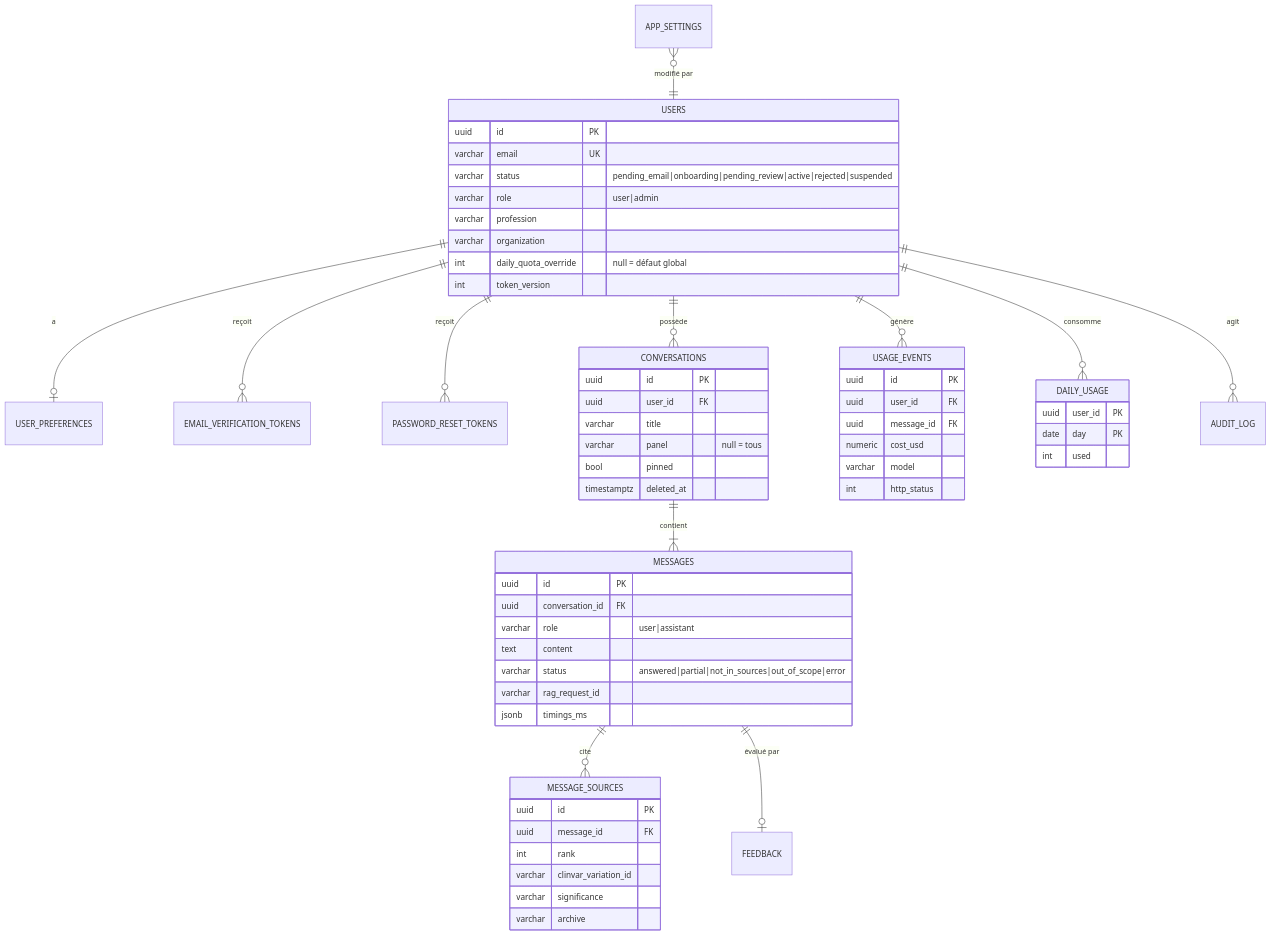
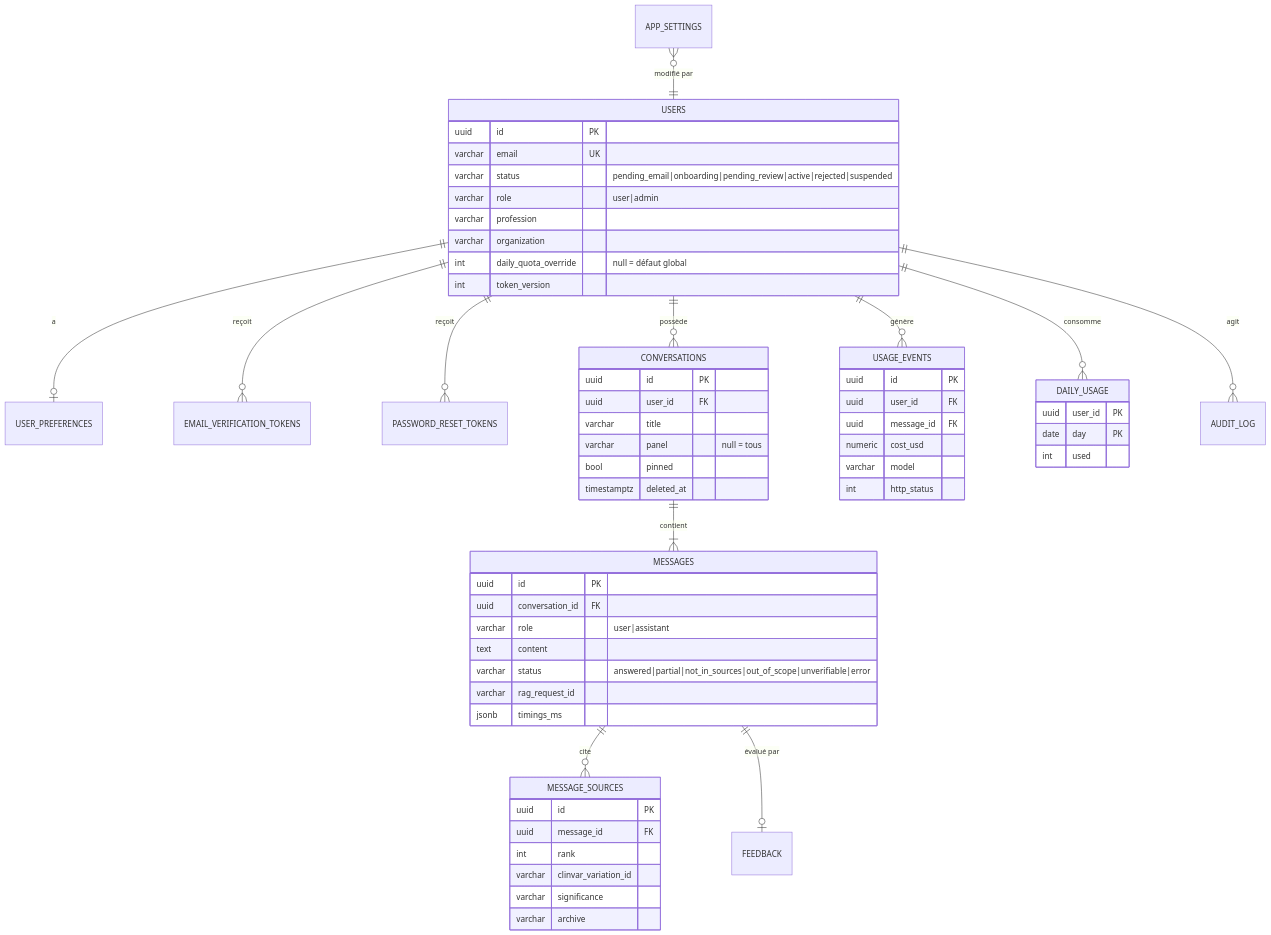
The first of 2 diagrams in apps/backend/MODELISATION_BACKEND.md (Dakar2024/Projet-_de_Memoire), drawn with Mermaid before and after one commit. The commit also changed other lines of this file and 29 other files, not shown here.

````diff
--- a/apps/backend/MODELISATION_BACKEND.md
+++ b/apps/backend/MODELISATION_BACKEND.md
@@ -57,63 +57,63 @@
 ```mermaid
 erDiagram
     USERS ||--o| USER_PREFERENCES : "a"
     USERS ||--o{ EMAIL_VERIFICATION_TOKENS : "reçoit"
     USERS ||--o{ PASSWORD_RESET_TOKENS : "reçoit"
     USERS ||--o{ CONVERSATIONS : "possède"
     CONVERSATIONS ||--|{ MESSAGES : "contient"
     MESSAGES ||--o{ MESSAGE_SOURCES : "cite"
     MESSAGES ||--o| FEEDBACK : "évalué par"
     USERS ||--o{ USAGE_EVENTS : "génère"
     USERS ||--o{ DAILY_USAGE : "consomme"
     USERS ||--o{ AUDIT_LOG : "agit"
     APP_SETTINGS }o--|| USERS : "modifié par"
 
     USERS {
         uuid id PK
         varchar email UK
         varchar status "pending_email|onboarding|pending_review|active|rejected|suspended"
         varchar role "user|admin"
         varchar profession
         varchar organization
         int daily_quota_override "null = défaut global"
         int token_version
     }
     CONVERSATIONS {
         uuid id PK
         uuid user_id FK
         varchar title
         varchar panel "null = tous"
         bool pinned
         timestamptz deleted_at
     }
     MESSAGES {
         uuid id PK
         uuid conversation_id FK
         varchar role "user|assistant"
         text content
-        varchar status "answered|partial|not_in_sources|out_of_scope|error"
+        varchar status "answered|partial|not_in_sources|out_of_scope|unverifiable|error"
         varchar rag_request_id
         jsonb timings_ms
     }
     MESSAGE_SOURCES {
         uuid id PK
         uuid message_id FK
         int rank
         varchar clinvar_variation_id
         varchar significance
         varchar archive
     }
     USAGE_EVENTS {
         uuid id PK
         uuid user_id FK
         uuid message_id FK
         numeric cost_usd
         varchar model
         int http_status
     }
     DAILY_USAGE {
         uuid user_id PK
         date day PK
         int used
     }
 ```
````
